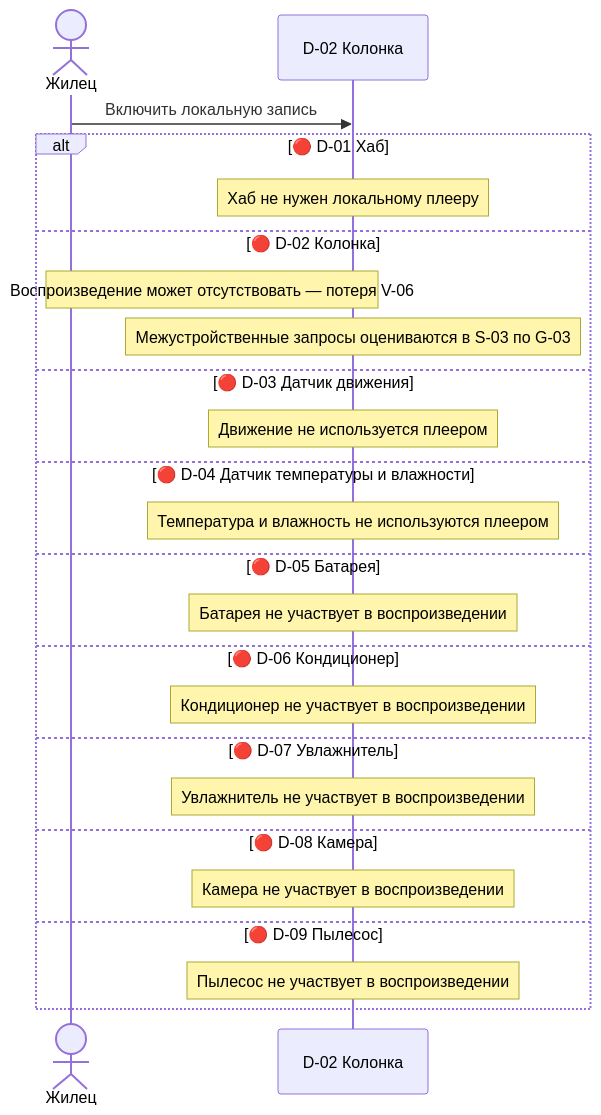
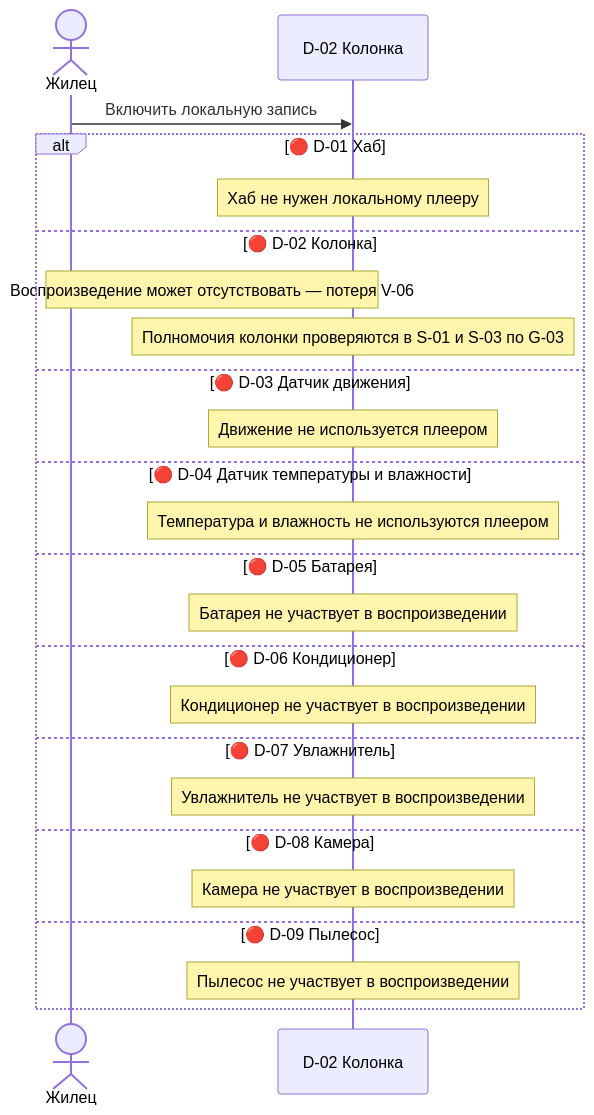
One commit to BPLA-Team/carrot-apples changed the diagram in contractor_side/negative_scenarios/S04_MUSIC.md. Above: the diagram before and after it, drawn with Mermaid. The commit also changed 19 other files, not shown here.

Commit message:
docs(architecture): describe physical controls and voice climate settings

````diff
--- a/contractor_side/negative_scenarios/S04_MUSIC.md
+++ b/contractor_side/negative_scenarios/S04_MUSIC.md
@@ -3,26 +3,26 @@
 ```mermaid
 sequenceDiagram
     actor R as Жилец
     participant K as D-02 Колонка
     R->>K: Включить локальную запись
     alt 🔴 D-01 Хаб
         Note over K: Хаб не нужен локальному плееру
     else 🔴 D-02 Колонка
         Note over R,K: Воспроизведение может отсутствовать — потеря V-06
-        Note over K: Межустройственные запросы оцениваются в S-03 по G-03
+        Note over K: Полномочия колонки проверяются в S-01 и S-03 по G-03
     else 🔴 D-03 Датчик движения
         Note over K: Движение не используется плеером
     else 🔴 D-04 Датчик температуры и влажности
         Note over K: Температура и влажность не используются плеером
     else 🔴 D-05 Батарея
         Note over K: Батарея не участвует в воспроизведении
     else 🔴 D-06 Кондиционер
         Note over K: Кондиционер не участвует в воспроизведении
     else 🔴 D-07 Увлажнитель
         Note over K: Увлажнитель не участвует в воспроизведении
     else 🔴 D-08 Камера
         Note over K: Камера не участвует в воспроизведении
     else 🔴 D-09 Пылесос
         Note over K: Пылесос не участвует в воспроизведении
     end
 ```
````
